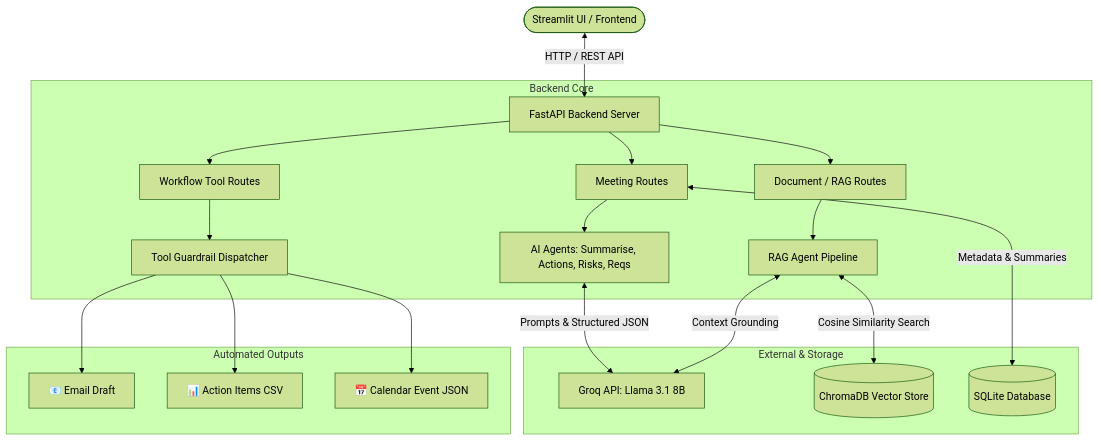
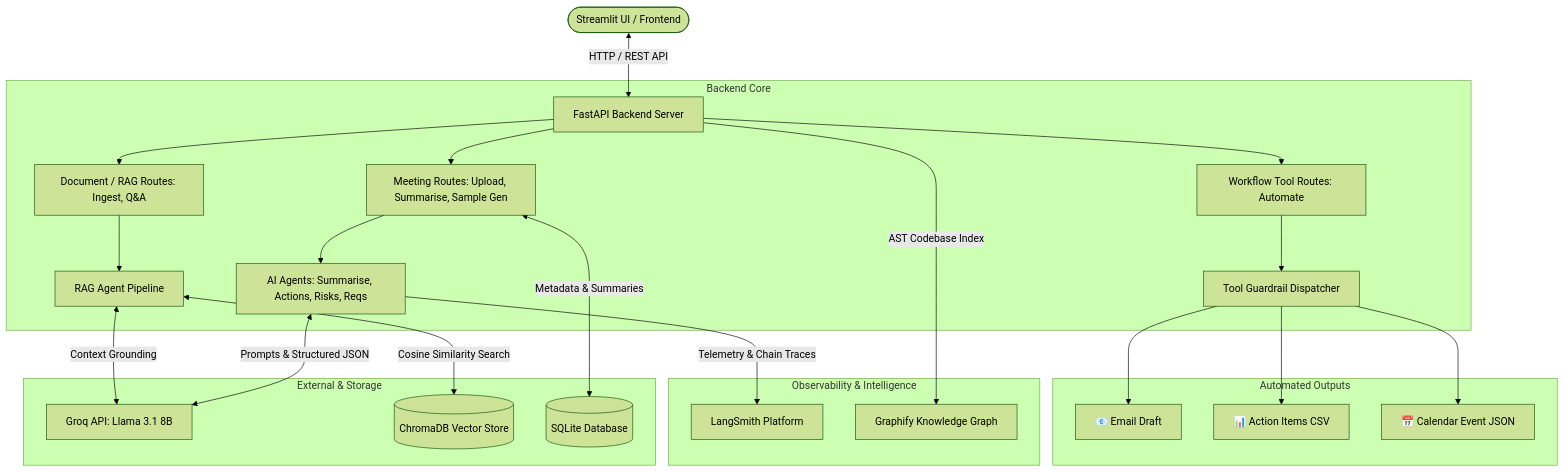
One commit to sudo-hrmn/Meeting-to-Action-Agent changed the diagram in README.md. Above: the diagram before and after it, drawn with Mermaid (forest theme). The commit also changed other lines of this file, not shown here.

Commit message:
docs: Update Architecture System Flow diagram and Tech Stack in README

````diff
--- a/README.md
+++ b/README.md
@@ -59,27 +59,32 @@
 ```mermaid
 graph TD
     Client([Streamlit UI / Frontend]) <-->|HTTP / REST API| FastAPI[FastAPI Backend Server]
 
     subgraph Backend Core
-        FastAPI --> MeetingRoute[Meeting Routes]
-        FastAPI --> DocRoute[Document / RAG Routes]
-        FastAPI --> ToolRoute[Workflow Tool Routes]
+        FastAPI --> MeetingRoute[Meeting Routes: Upload, Summarise, Sample Gen]
+        FastAPI --> DocRoute[Document / RAG Routes: Ingest, Q&A]
+        FastAPI --> ToolRoute[Workflow Tool Routes: Automate]
         
         MeetingRoute --> Agents[AI Agents: Summarise, Actions, Risks, Reqs]
         DocRoute --> RAG[RAG Agent Pipeline]
         ToolRoute --> Dispatcher[Tool Guardrail Dispatcher]
+    end
+
+    subgraph Observability & Intelligence
+        Agents -->|Telemetry & Chain Traces| LangSmith[LangSmith Platform]
+        FastAPI -->|AST Codebase Index| Graphify[Graphify Knowledge Graph]
     end
 
     subgraph External & Storage
         Agents <-->|Prompts & Structured JSON| Groq[Groq API: Llama 3.1 8B]
         RAG <-->|Cosine Similarity Search| Chroma[(ChromaDB Vector Store)]
         RAG <-->|Context Grounding| Groq
         MeetingRoute <-->|Metadata & Summaries| SQLite[(SQLite Database)]
     end
 
     subgraph Automated Outputs
         Dispatcher --> Email[📧 Email Draft]
         Dispatcher --> CSV[📊 Action Items CSV]
         Dispatcher --> Calendar[📅 Calendar Event JSON]
     end
 ```
````
